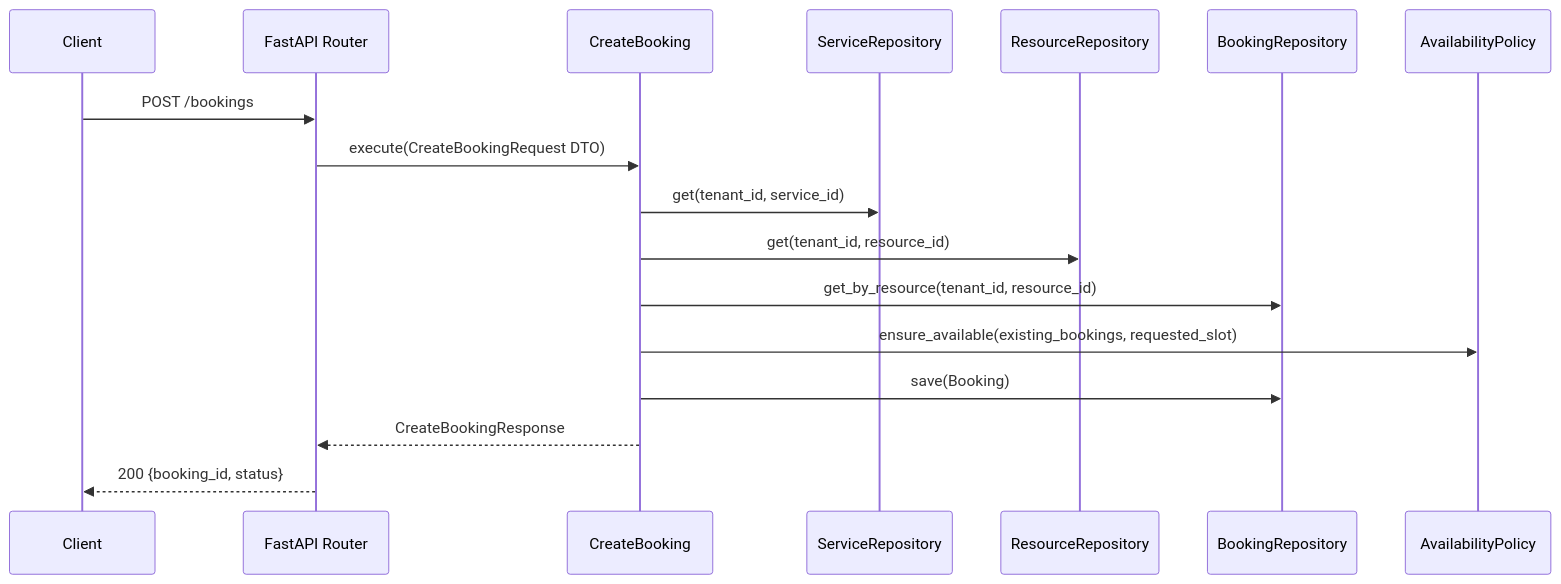
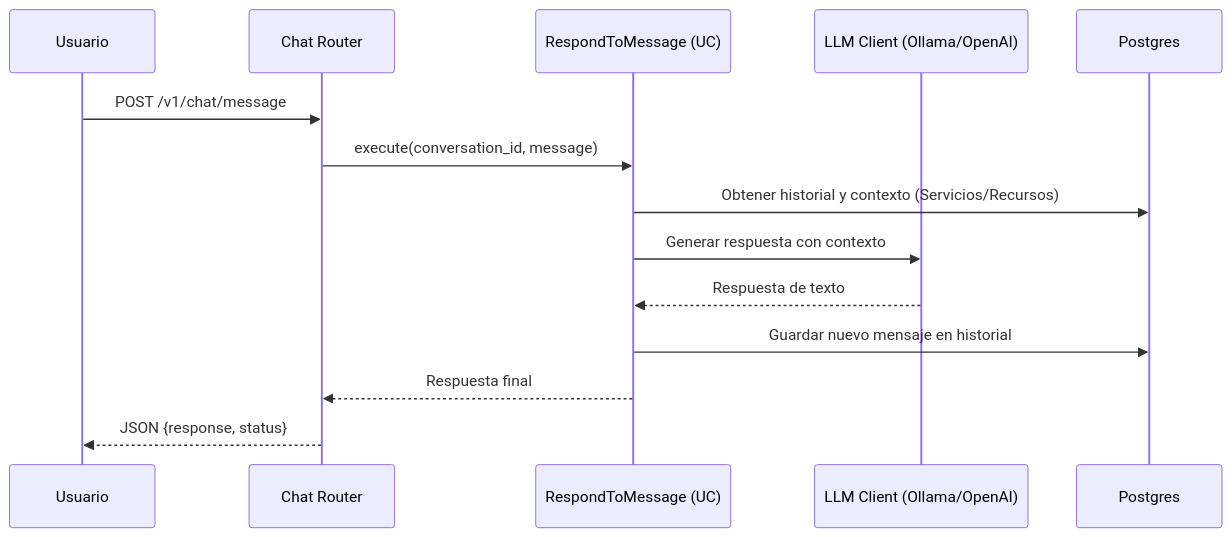
The second of 2 diagrams in ARCHITECTURE_AS_IS.md (iancpcc/Chatbot), drawn with Mermaid before and after one commit. The commit also changed other lines of this file and 30 other files, not shown here.

First line of the commit message:
feat: update architecture documentation and synchronize local environment with Podman

````diff
--- a/ARCHITECTURE_AS_IS.md
+++ b/ARCHITECTURE_AS_IS.md
@@ -81,20 +77,17 @@
 ```mermaid
 sequenceDiagram
-  participant C as Client
-  participant API as FastAPI Router
-  participant U as CreateBooking
-  participant SR as ServiceRepository
-  participant RR as ResourceRepository
-  participant BR as BookingRepository
-  participant P as AvailabilityPolicy
+  participant U as Usuario
+  participant R as Chat Router
+  participant UC as RespondToMessage (UC)
+  participant LLM as LLM Client (Ollama/OpenAI)
+  participant DB as Postgres
 
-  C->>API: POST /bookings
-  API->>U: execute(CreateBookingRequest DTO)
-  U->>SR: get(tenant_id, service_id)
-  U->>RR: get(tenant_id, resource_id)
-  U->>BR: get_by_resource(tenant_id, resource_id)
-  U->>P: ensure_available(existing_bookings, requested_slot)
-  U->>BR: save(Booking)
-  U-->>API: CreateBookingResponse
-  API-->>C: 200 {booking_id, status}
+  U->>R: POST /v1/chat/message
+  R->>UC: execute(conversation_id, message)
+  UC->>DB: Obtener historial y contexto (Servicios/Recursos)
+  UC->>LLM: Generar respuesta con contexto
+  LLM-->>UC: Respuesta de texto
+  UC->>DB: Guardar nuevo mensaje en historial
+  UC-->>R: Respuesta final
+  R-->>U: JSON {response, status}
 ```
````
